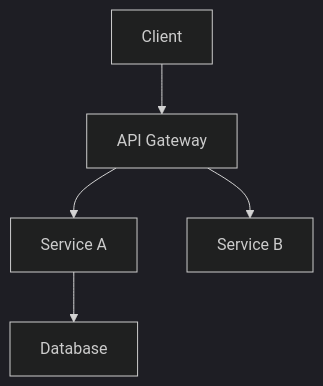
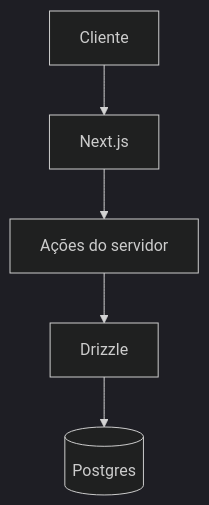
Before and after one commit to charleslins/contas-recanto: the diagram in .agent/workflows/documentation/architecture.md, drawn with Mermaid (dark theme). The commit also changed other lines of this file and 126 other files, not shown here.

Commit message:
refactor: update .env.example and package.json for improved Neon Postgres configuration and Next.js version upgrade

````diff
--- a/.agent/workflows/documentation/architecture.md
+++ b/.agent/workflows/documentation/architecture.md
@@ -41,7 +48,7 @@
 ```mermaid
 graph TD
-    A[Client] --> B[API Gateway]
-    B --> C[Service A]
-    B --> D[Service B]
-    C --> E[Database]
+    A[Cliente] --> B[Next.js]
+    B --> C[Ações do servidor]
+    C --> D[Drizzle]
+    D --> E[(Postgres)]
 ```
````
